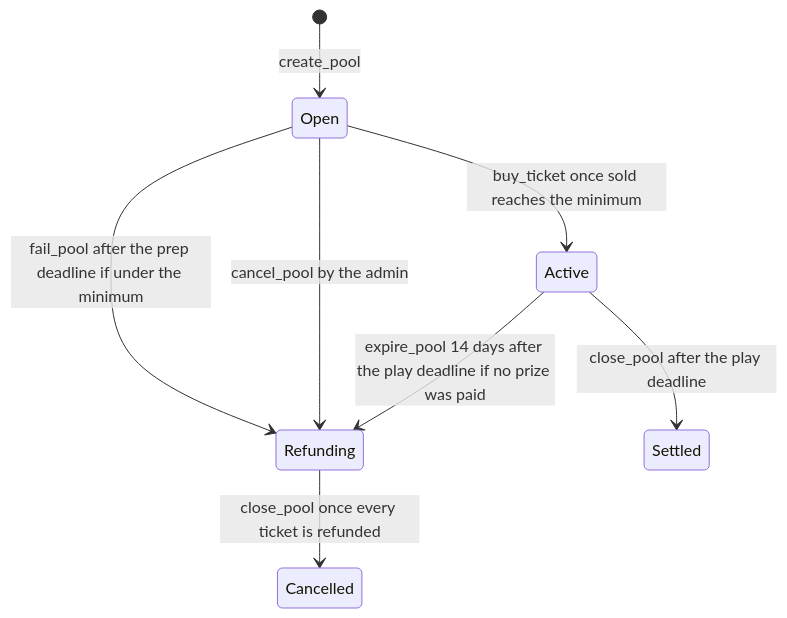
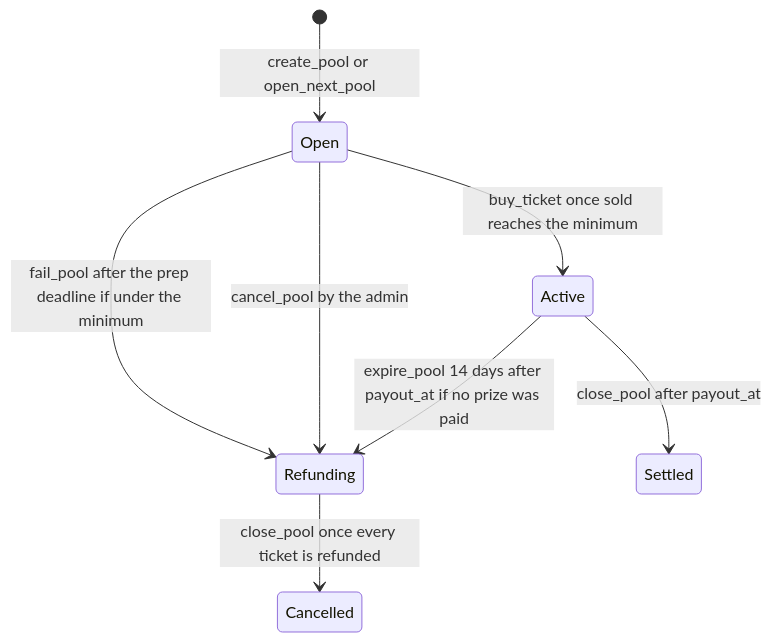
Before and after one commit to recferret-bit/freightchain: the fifth of 10 diagrams in README.md, drawn with Mermaid. The commit also changed other lines of this file and 3 other files, not shown here.

Commit message:
Maps + contract spec for program v2: the pool day, the payout job, the payout key, standings

````diff
--- a/README.md
+++ b/README.md
@@ -301,10 +303,10 @@
 ```mermaid
 stateDiagram-v2
-  [*] --> Open: create_pool
+  [*] --> Open: create_pool or open_next_pool
   Open --> Active: buy_ticket once sold reaches the minimum
   Open --> Refunding: fail_pool after the prep deadline if under the minimum
   Open --> Refunding: cancel_pool by the admin
-  Active --> Refunding: expire_pool 14 days after the play deadline if no prize was paid
-  Active --> Settled: close_pool after the play deadline
+  Active --> Refunding: expire_pool 14 days after payout_at if no prize was paid
+  Active --> Settled: close_pool after payout_at
   Refunding --> Cancelled: close_pool once every ticket is refunded
 ```
````
